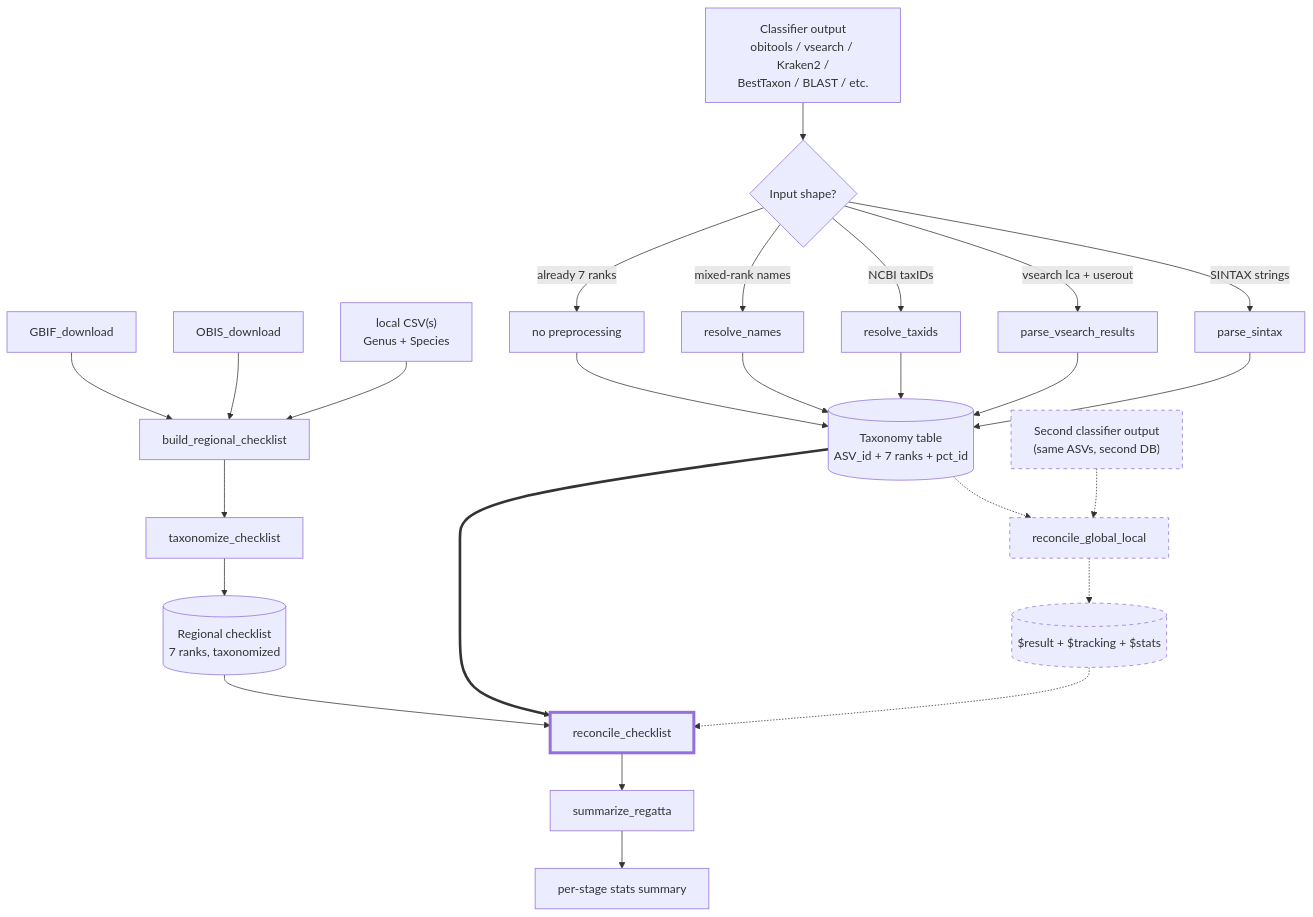
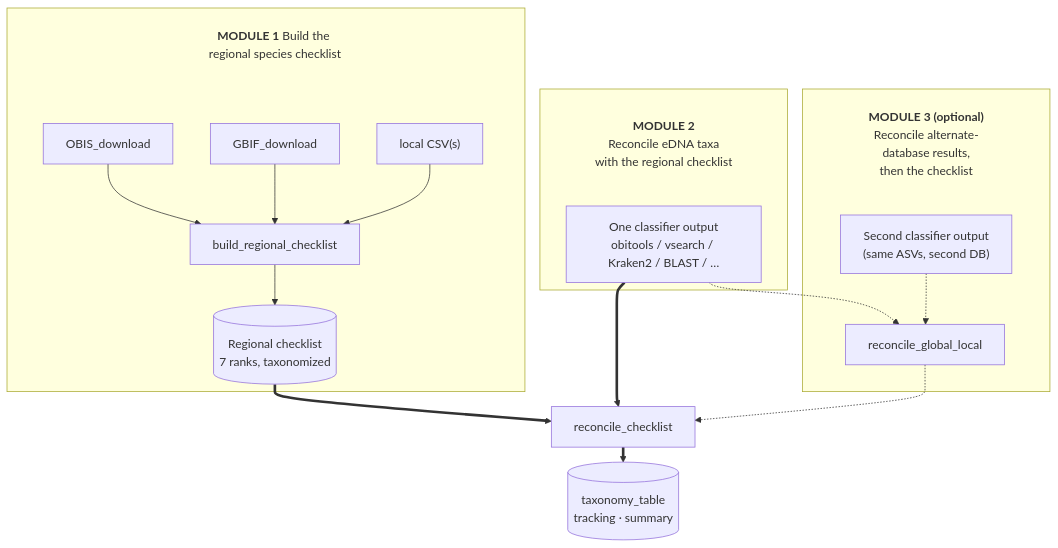
Before and after one commit to EWisely/REGATTA: the diagram in README.md, drawn with Mermaid. The commit also changed other lines of this file and 32 other files, not shown here.

````diff
--- a/README.md
+++ b/README.md
@@ -83,35 +77,41 @@
 ```mermaid
+%%{init: {"flowchart": {"rankSpacing": 20}}}%%
 flowchart TD
-    A[GBIF_download] --> D[build_regional_checklist]
-    B[OBIS_download] --> D
-    C["local CSV(s)<br/>Genus + Species"] --> D
-    D --> E[taxonomize_checklist]
-    E --> F[("Regional checklist<br/>7 ranks, taxonomized")]
+    %% Subgraphs declared 3, 2, 1 so the render (its mirror) reads 1 -> 2 -> 3.
+    %% Module titles are borderless header NODES: multi-line node labels render
+    %% cleanly and reserve vertical space, whereas a multi-line subgraph title
+    %% would overlap the box content on GitHub's mermaid.
+    classDef modtitle fill:none,stroke:none;
 
-    G["Classifier output<br/>obitools / vsearch / Kraken2 /<br/>BestTaxon / BLAST / etc."] --> H{Input shape?}
-    H -->|SINTAX strings| I[parse_sintax]
-    H -->|"vsearch lca + userout"| I2[parse_vsearch_results]
-    H -->|NCBI taxIDs| J[resolve_taxids]
-    H -->|mixed-rank names| N1[resolve_names]
-    H -->|already 7 ranks| K[no preprocessing]
-    I --> L[("Taxonomy table<br/>ASV_id + 7 ranks + pct_id")]
-    I2 --> L
-    J --> L
-    N1 --> L
-    K --> L
+    subgraph MOD3[" "]
+        H3["<b>MODULE 3 (optional)</b><br/>Reconcile alternate-database results,<br/>then the checklist"]:::modtitle
+        GL["Second classifier output<br/>(same ASVs, second DB)"]
+        Q[reconcile_global_local]
+        H3 ~~~ GL
+        GL -.-> Q
+    end
 
-    L2["Second classifier output<br/>(same ASVs, second DB)"] -.-> Q[reconcile_global_local]
-    L -.-> Q
-    Q -.-> R1[("$result + $tracking + $stats")]
-    R1 -.-> M
+    subgraph MOD2[" "]
+        H2["<b>MODULE 2</b><br/>Reconcile eDNA taxa<br/>with the regional checklist"]:::modtitle
+        G["One classifier output<br/>obitools / vsearch / Kraken2 / BLAST / …"]
+        H2 ~~~ G
+    end
 
-    F --> M[reconcile_checklist]
-    L ==> M
-    M --> S[summarize_regatta]
-    S --> T["per-stage stats summary"]
+    subgraph M1[" "]
+        H1["<b>MODULE 1</b> Build the regional species checklist"]:::modtitle
+        A[OBIS_download] --> D[build_regional_checklist]
+        B[GBIF_download] --> D
+        C["local CSV(s)"] --> D
+        D --> F[("Regional checklist<br/>7 ranks, taxonomized")]
+        H1 ~~~ A
+        H1 ~~~ B
+        H1 ~~~ C
+    end
 
-    style L2 stroke-dasharray: 5 5
-    style Q  stroke-dasharray: 5 5
-    style R1 stroke-dasharray: 5 5
-    style M  stroke-width:4px
+    F ==> M[reconcile_checklist]
+    G ==> M
+    Q -.-> M
+    M ==> RES[("taxonomy_table<br/>tracking · summary")]
+
+    G -.-> Q
 ```
````
